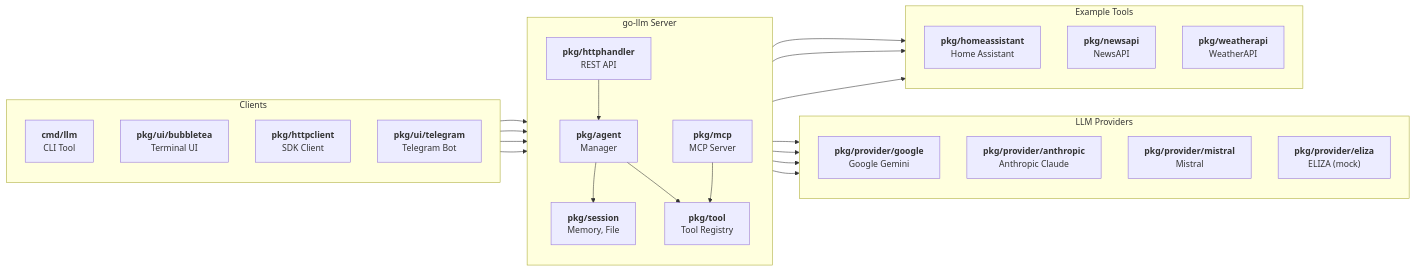
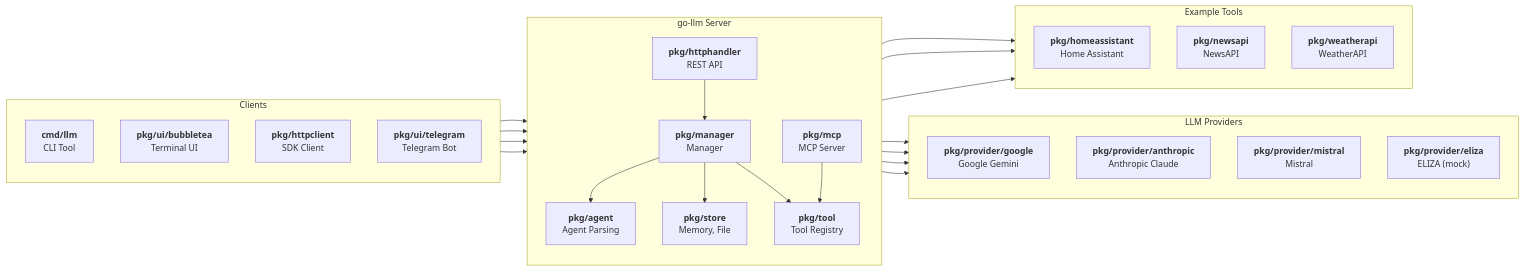
One commit to mutablelogic/go-llm changed the diagram in README.md. Above: the diagram before and after it, drawn with Mermaid. The commit also changed other lines of this file and 101 other files, not shown here.

````diff
--- a/README.md
+++ b/README.md
@@ -198,67 +240,70 @@
 ```mermaid
 %%{init: {"flowchart": {"htmlLabels": false}} }%%
 flowchart LR
     subgraph Clients["Clients"]
         direction TB
         CLI["`**cmd/llm**
         CLI Tool`"]
         TUI["`**pkg/ui/bubbletea**
         Terminal UI`"]
         SDK["`**pkg/httpclient**
         SDK Client`"]
         Telegram["`**pkg/ui/telegram**
         Telegram Bot`"]
     end
 
     subgraph Server["go-llm Server"]
         direction TB
         API["`**pkg/httphandler**
         REST API`"]
-        Agent["`**pkg/agent**
+        Agent["`**pkg/manager**
         Manager`"]
-        Sessions["`**pkg/session**
+        AgentDef["`**pkg/agent**
+        Agent Parsing`"]
+        Sessions["`**pkg/store**
         Memory, File`"]
         Tools["`**pkg/tool**
         Tool Registry`"]
         MCP["`**pkg/mcp**
         MCP Server`"]
     end
 
     subgraph Providers["LLM Providers"]
         direction TB
         Gemini["`**pkg/provider/google**
         Google Gemini`"]
         Claude["`**pkg/provider/anthropic**
         Anthropic Claude`"]
         Mistral["`**pkg/provider/mistral**
         Mistral`"]
         Eliza["`**pkg/provider/eliza**
         ELIZA (mock)`"]
     end
 
     subgraph ToolImpls["Example Tools"]
         direction TB
         HA["`**pkg/homeassistant**
         Home Assistant`"]
         News["`**pkg/newsapi**
         NewsAPI`"]
         Weather["`**pkg/weatherapi**
         WeatherAPI`"]
     end
 
     CLI --> API
     TUI --> API
     SDK --> API
     Telegram --> API
     API --> Agent
+    Agent --> AgentDef
     Agent --> Sessions
     Agent --> Tools
     Agent --> Gemini
     Agent --> Claude
     Agent --> Mistral
     Agent --> Eliza
     Tools --> HA
     Tools --> News
     Tools --> Weather
     MCP --> Tools
 ```
````
